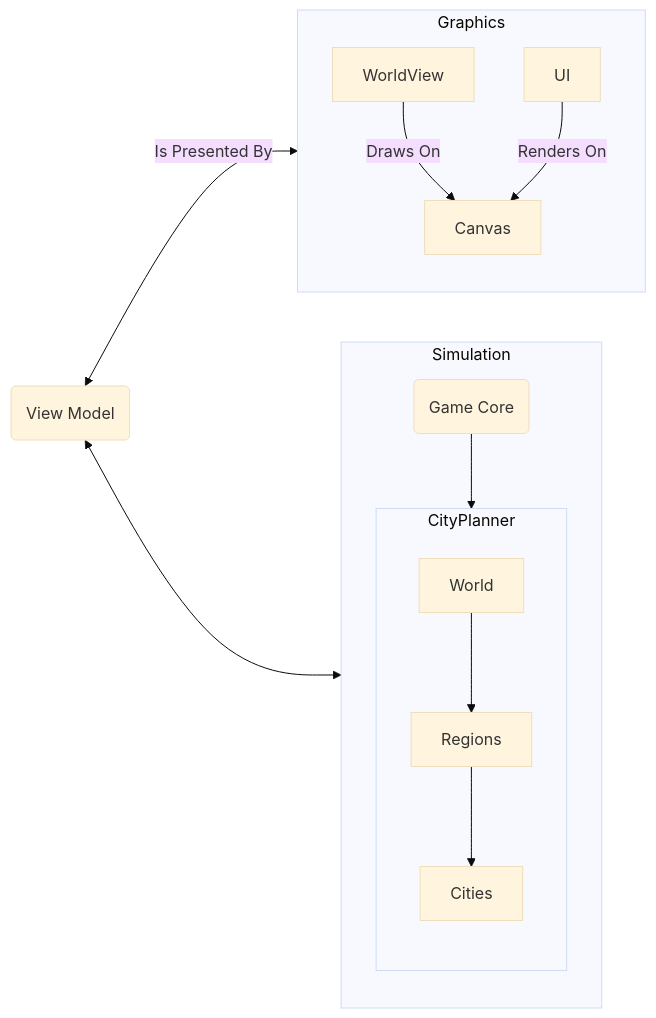
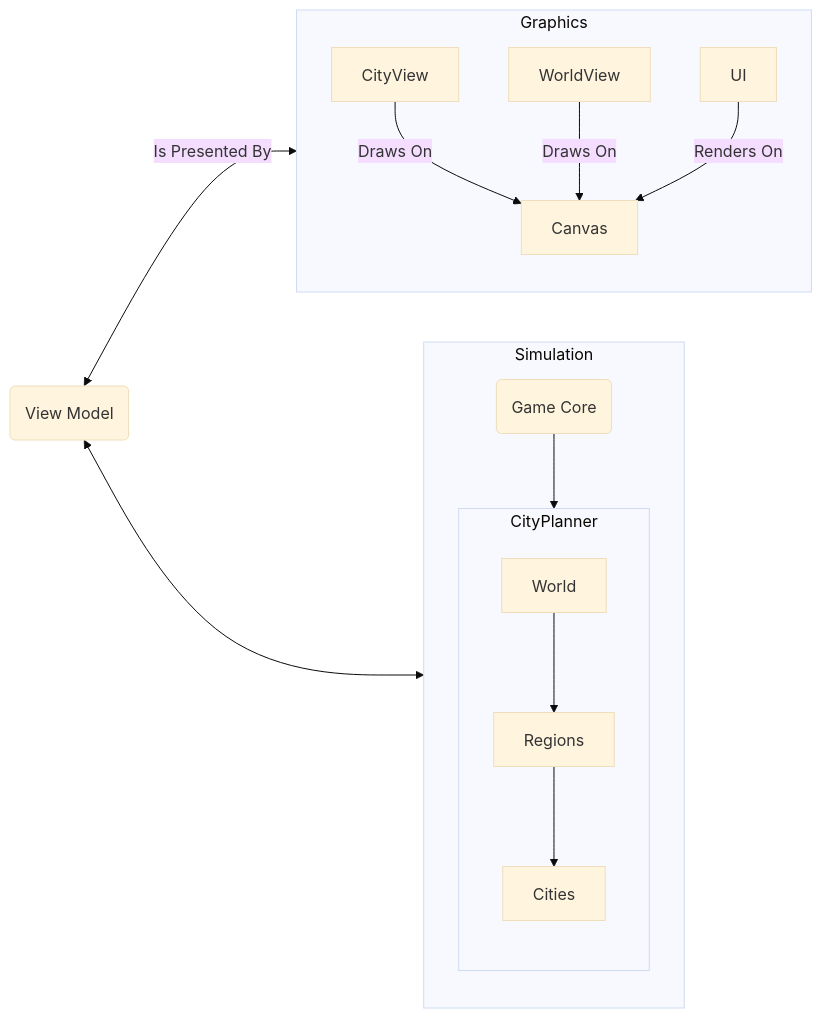
One commit to nmGit/Trains changed the diagram in docs/code/source/architecture/game_overview.rst. Above: the diagram before and after it, drawn with Mermaid (base theme). The commit also changed 37 other files, not shown here.

```diff
--- a/docs/code/source/architecture/game_overview.rst
+++ b/docs/code/source/architecture/game_overview.rst
@@ -8,28 +8,29 @@
 .. mermaid::
 
     flowchart LR
 
     subgraph Graphics
         direction TB
-        
+
+        CityView -- "Draws On"--> Canvas 
         WorldView --"Draws On"--> Canvas
 
         UI
     end
     
     subgraph Simulation
         direction TB
 
         subgraph CityPlanner
             direction TB
             World --> Regions
             Regions --> Cities
         end
 
         Core("Game Core") --> CityPlanner
 
     end
 
     vm("View Model") <--"Is Presented By"--> Graphics
     vm <--> Simulation
     UI --"Renders On"--> Canvas
```
